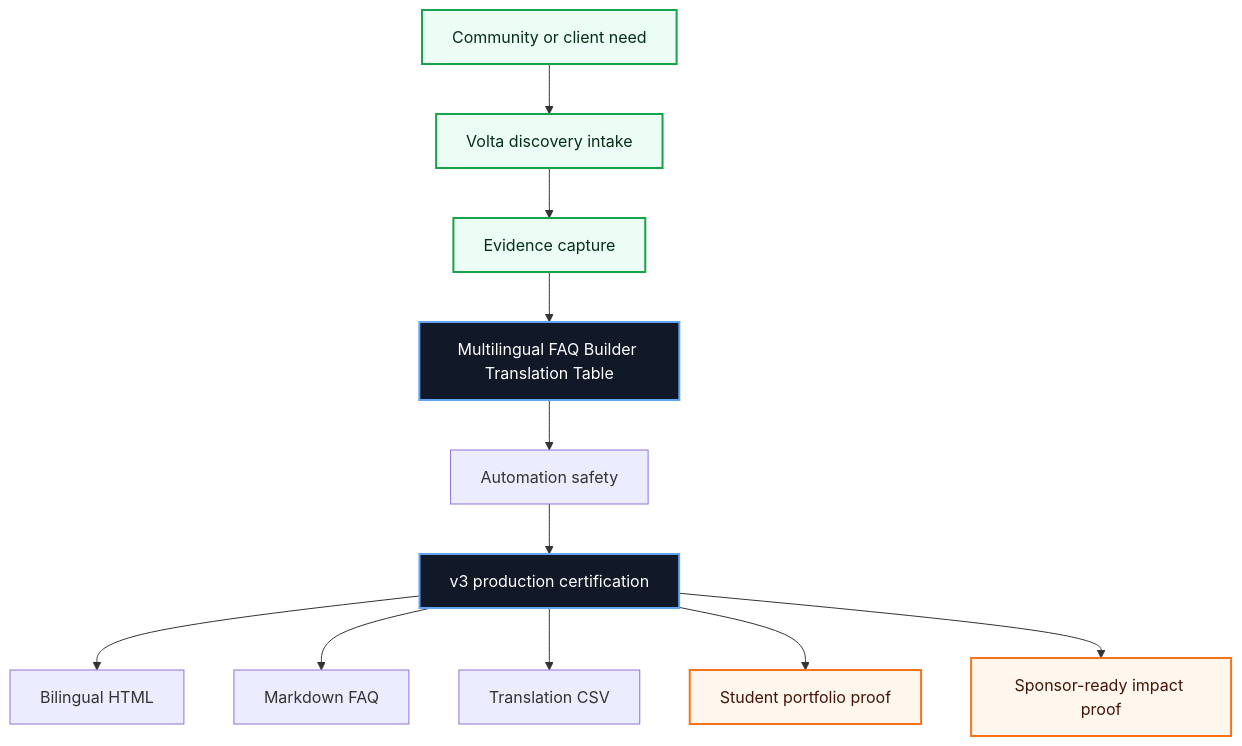
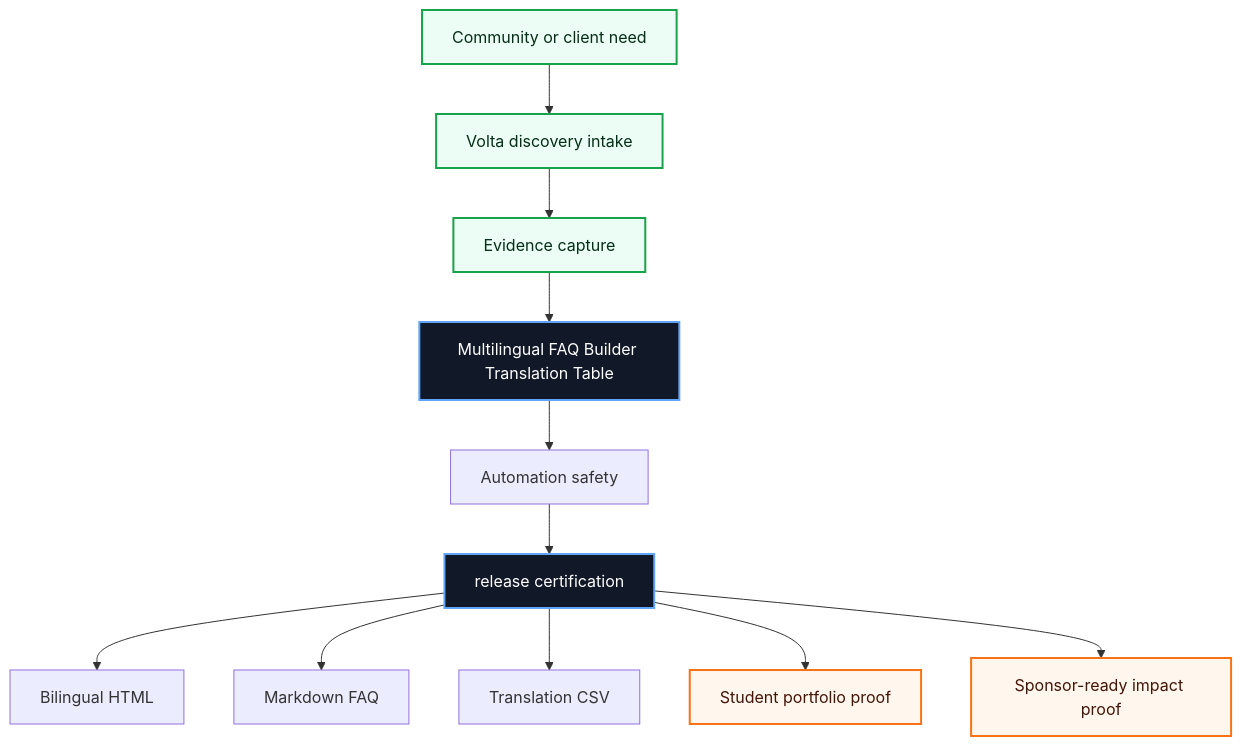
The first of 3 diagrams in README.md (volta-npo/multilingual-faq-builder), drawn with Mermaid before and after one commit. The commit also changed other lines of this file and 28 other files, not shown here.

````diff
--- a/README.md
+++ b/README.md
@@ -43,20 +43,20 @@
 ```mermaid
 flowchart TD
     Need["Community or client need"] --> Intake["Volta discovery intake"]
     Intake --> Evidence["Evidence capture"]
     Evidence --> Workbench["Multilingual FAQ Builder Translation Table"]
     Workbench --> Score["Automation safety"]
-    Score --> Cert["v3 production certification"]
+    Score --> Cert["release certification"]
     Cert --> A1["Bilingual HTML"]
     Cert --> A2["Markdown FAQ"]
     Cert --> A3["Translation CSV"]
     Cert --> Student["Student portfolio proof"]
     Cert --> Sponsor["Sponsor-ready impact proof"]
 
     classDef volta fill:#111827,stroke:#60a5fa,color:#ffffff,stroke-width:2px;
     classDef equity fill:#ecfdf5,stroke:#16a34a,color:#052e16,stroke-width:2px;
     classDef proof fill:#fff7ed,stroke:#f97316,color:#431407,stroke-width:2px;
     class Workbench,Cert volta;
     class Need,Intake,Evidence equity;
     class Student,Sponsor proof;
 ```
````
